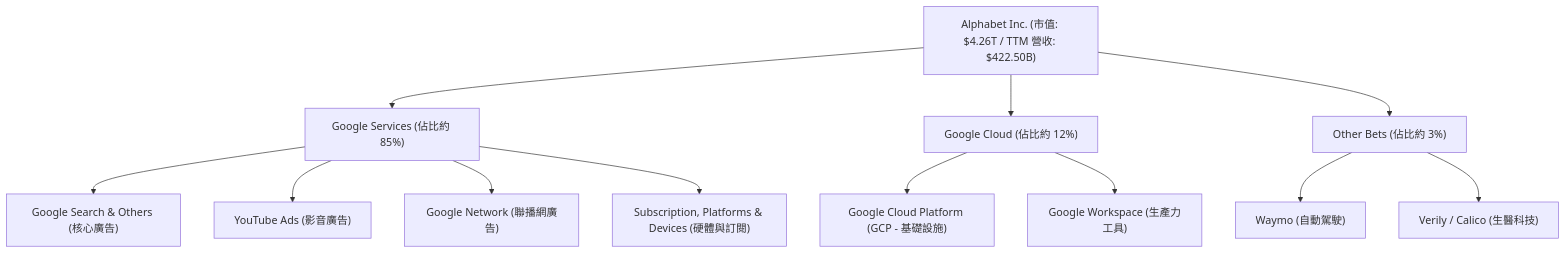
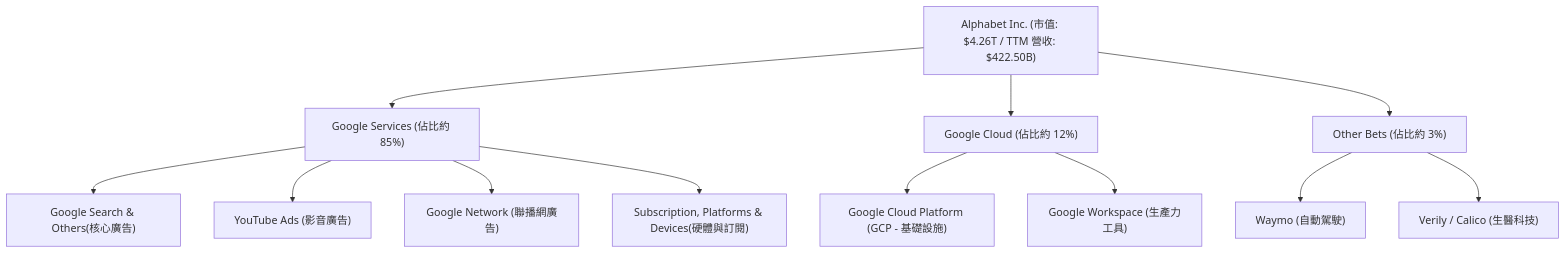
One commit to yennanliu/finance_data changed the second of 6 diagrams in ai_gen_report/stock/goog/fundamental_analysis_2026-06-22_gemini.md. Above: the diagram before and after it, drawn with Mermaid. The commit also changed 2258 other files, not shown here.

First line of the commit message:
chore: backfill Mermaid syntax repair across existing reports

````diff
--- a/ai_gen_report/stock/goog/fundamental_analysis_2026-06-22_gemini.md
+++ b/ai_gen_report/stock/goog/fundamental_analysis_2026-06-22_gemini.md
@@ -131,34 +131,34 @@
 ```mermaid
 graph TD
     GOOG["Alphabet Inc. (市值: $4.26T / TTM 營收: $422.50B)"]
 
     GS["Google Services (佔比約 85%)"]
     GC["Google Cloud (佔比約 12%)"]
     OB["Other Bets (佔比約 3%)"]
 
     GOOG --> GS
     GOOG --> GC
     GOOG --> OB
 
-    GS1["Google Search & Others (核心廣告)"]
+    GS1["Google Search & Others(核心廣告)"]
     GS2["YouTube Ads (影音廣告)"]
     GS3["Google Network (聯播網廣告)"]
-    GS4["Subscription, Platforms & Devices (硬體與訂閱)"]
+    GS4["Subscription, Platforms & Devices(硬體與訂閱)"]
 
     GS --> GS1
     GS --> GS2
     GS --> GS3
     GS --> GS4
 
     GC1["Google Cloud Platform (GCP - 基礎設施)"]
     GC2["Google Workspace (生產力工具)"]
 
     GC --> GC1
     GC --> GC2
 
     OB1["Waymo (自動駕駛)"]
     OB2["Verily / Calico (生醫科技)"]
 
     OB --> OB1
     OB --> OB2
 ```
````
